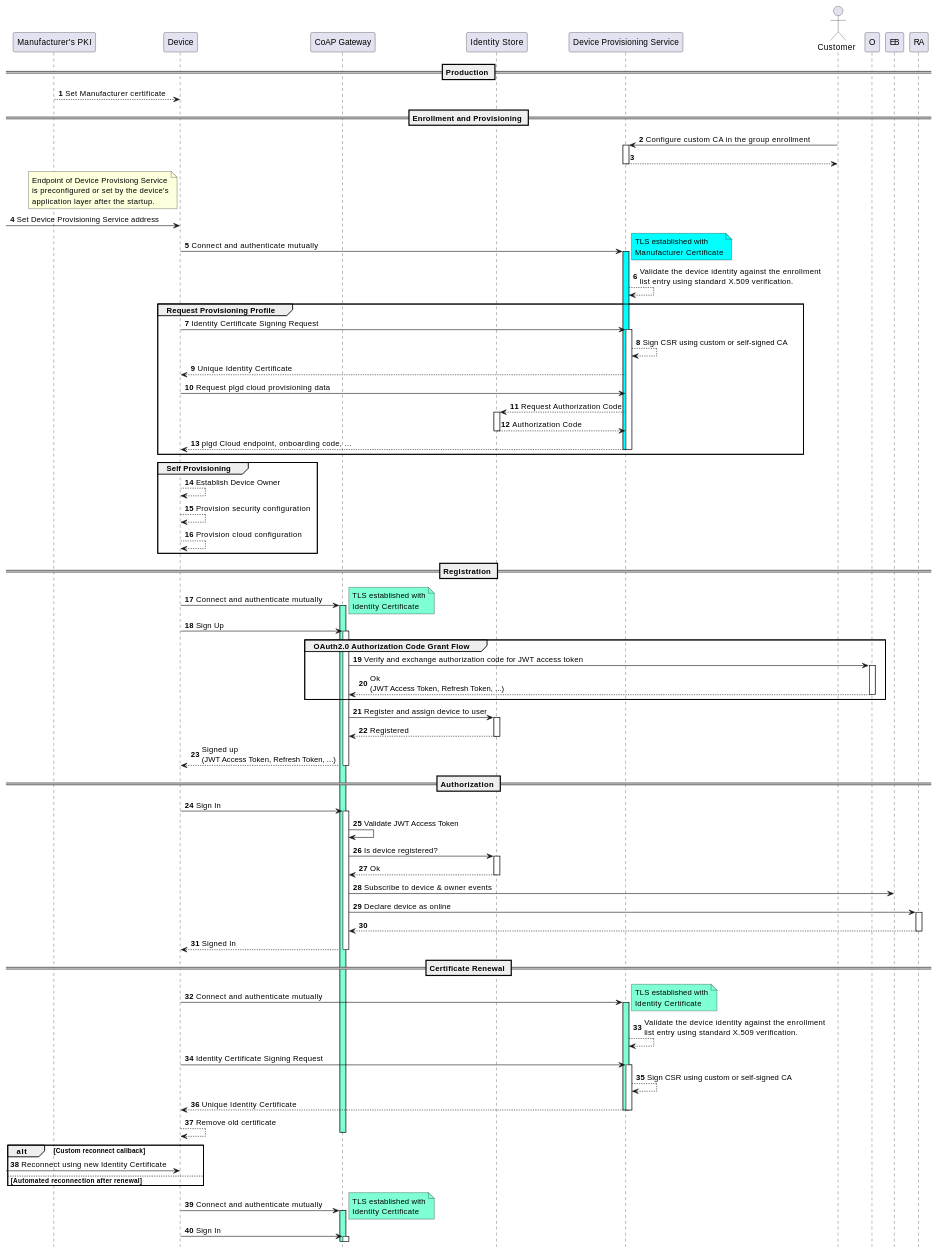
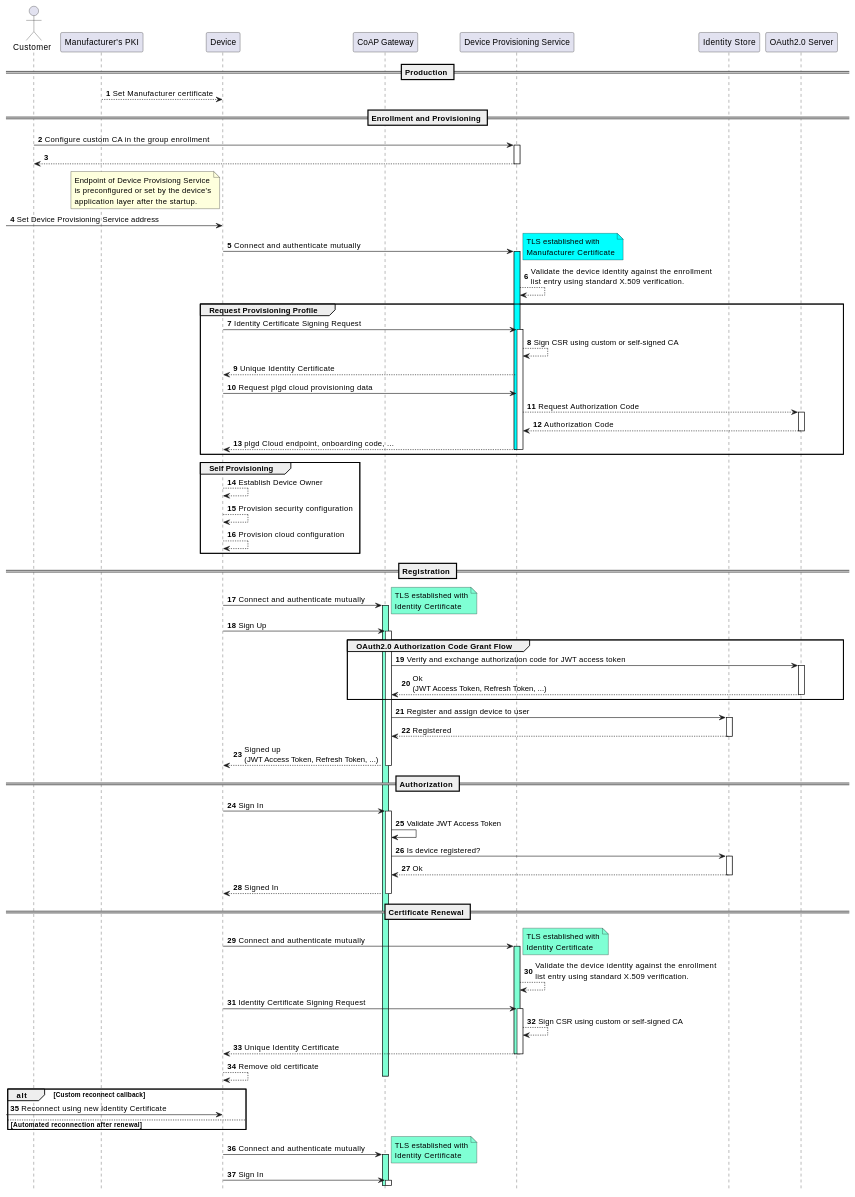
One commit to oskarbauer/www changed the diagram in content/en/features/zero-touch-provisioning.md. Above: the diagram before and after it, drawn with PlantUML.

```diff
--- a/content/en/features/zero-touch-provisioning.md
+++ b/content/en/features/zero-touch-provisioning.md
@@ -1,79 +1,77 @@
 @startuml Sequence
 autonumber
 hide footbox
 
+actor C as "Customer"
 participant PKI as "Manufacturer's PKI"
 participant D as "Device"
 participant CGW as "CoAP Gateway"
+participant DPS as "Device Provisioning Service"
 participant IS as "Identity Store"
-participant DPS as "Device Provisioning Service"
-actor C as "Customer"
+participant AS as "OAuth2.0 Server"
 
 == Production ==
 PKI --> D: Set Manufacturer certificate
 
 == Enrollment and Provisioning ==
 C -> DPS ++:  Configure custom CA in the group enrollment
 return
 note left of D: Endpoint of Device Provisiong Service\nis preconfigured or set by the device's\napplication layer after the startup.
 [-> D: Set Device Provisioning Service address
 D -> DPS ++ #aqua: Connect and authenticate mutually
 note right #aqua: TLS established with\nManufacturer Certificate
 DPS --> DPS: Validate the device identity against the enrollment\nlist entry using standard X.509 verification.
 group Request Provisioning Profile
 D -> DPS++: Identity Certificate Signing Request
 DPS --> DPS: Sign CSR using custom or self-signed CA
 DPS --> D: Unique Identity Certificate
 D -> DPS: Request plgd cloud provisioning data
-DPS --> IS++: Request Authorization Code
+DPS --> AS++: Request Authorization Code
 return Authorization Code
 return plgd Cloud endpoint, onboarding code, ...
 deactivate DPS
 end
 group Self Provisioning
     D --> D: Establish Device Owner
     D --> D: Provision security configuration
     D --> D: Provision cloud configuration
 end
 
 == Registration ==
 D -> CGW++  #aquamarine: Connect and authenticate mutually
 note right #aquamarine: TLS established with\nIdentity Certificate
 D -> CGW++: Sign Up
 group OAuth2.0 Authorization Code Grant Flow
-    CGW -> O ++: Verify and exchange authorization code for JWT access token
+    CGW -> AS ++: Verify and exchange authorization code for JWT access token
     return Ok\n(JWT Access Token, Refresh Token, ...)
 end
 CGW -> IS ++: Register and assign device to user
 return Registered
 return Signed up\n(JWT Access Token, Refresh Token, ...)
 
 == Authorization ==
 D -> CGW ++: Sign In
 CGW -> CGW: Validate JWT Access Token
 CGW -> IS ++: Is device registered?
 return Ok
-CGW -> EB: Subscribe to device & owner events
-CGW -> RA ++: Declare device as online
-return
 return Signed In
 
 == Certificate Renewal ==
 D -> DPS++  #aquamarine: Connect and authenticate mutually
 note right #aquamarine: TLS established with\nIdentity Certificate
 DPS --> DPS: Validate the device identity against the enrollment\nlist entry using standard X.509 verification.
 D -> DPS++: Identity Certificate Signing Request
 DPS --> DPS: Sign CSR using custom or self-signed CA
 return Unique Identity Certificate
 deactivate DPS
 D --> D: Remove old certificate
 deactivate CGW
 alt Custom reconnect callback
     [-> D: Reconnect using new Identity Certificate
 else Automated reconnection after renewal
 end
 D -> CGW++  #aquamarine: Connect and authenticate mutually
 note right #aquamarine: TLS established with\nIdentity Certificate
 D -> CGW++: Sign In
 
 @enduml
```
